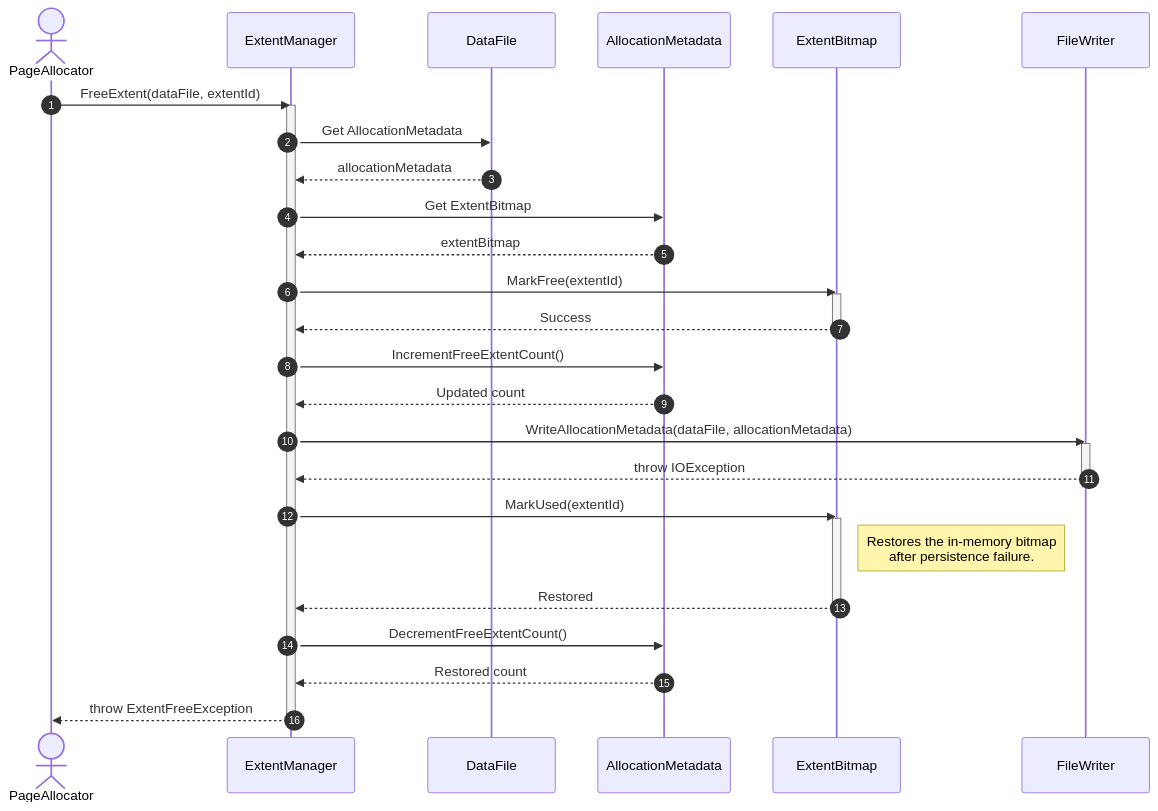
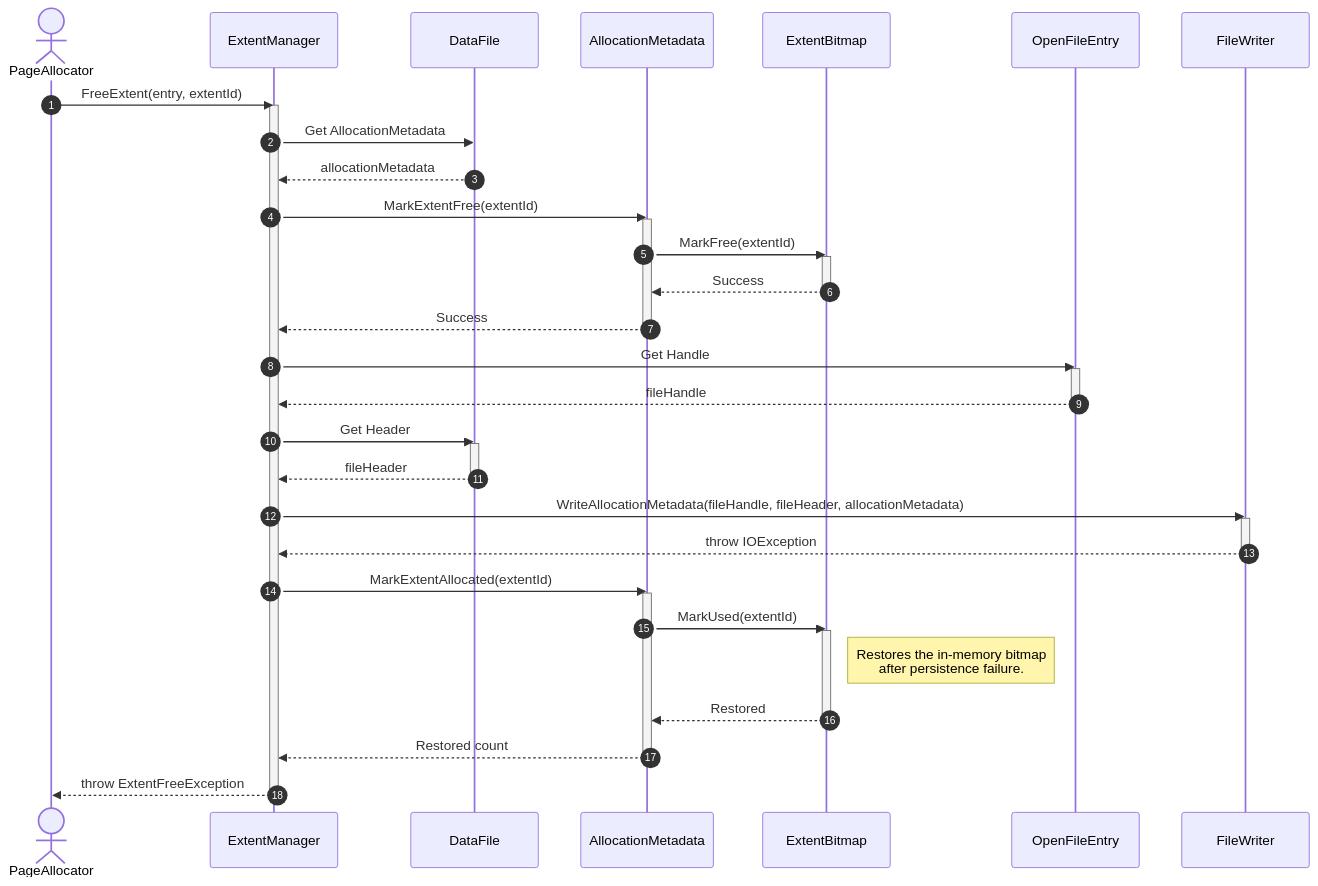
The fifth of 5 diagrams in docs/diagrams/sequence-diagrams/storage-engine/file-management/extent-management/free-extent.md (manaxpow/DBMS), drawn with Mermaid before and after one commit. The commit also changed other lines of this file and 98 other files, not shown here.

````diff
--- a/docs/diagrams/sequence-diagrams/storage-engine/file-management/extent-management/free-extent.md
+++ b/docs/diagrams/sequence-diagrams/storage-engine/file-management/extent-management/free-extent.md
@@ -154,45 +167,55 @@
 ```mermaid
 sequenceDiagram
     autonumber
 
     actor PA as PageAllocator
     participant EM as ExtentManager
     participant DF as DataFile
     participant AM as AllocationMetadata
     participant EB as ExtentBitmap
+    participant OE as OpenFileEntry
     participant FW as FileWriter
 
-    PA->>EM: FreeExtent(dataFile, extentId)
+    PA->>EM: FreeExtent(entry, extentId)
     activate EM
 
     EM->>DF: Get AllocationMetadata
     DF-->>EM: allocationMetadata
 
-    EM->>AM: Get ExtentBitmap
-    AM-->>EM: extentBitmap
+    EM->>AM: MarkExtentFree(extentId)
+    activate AM
+    AM->>EB: MarkFree(extentId)
+    activate EB
+    EB-->>AM: Success
+    deactivate EB
+    AM-->>EM: Success
+    deactivate AM
 
-    EM->>EB: MarkFree(extentId)
-    activate EB
-    EB-->>EM: Success
-    deactivate EB
+    EM->>OE: Get Handle
+    activate OE
+    OE-->>EM: fileHandle
+    deactivate OE
 
-    EM->>AM: IncrementFreeExtentCount()
-    AM-->>EM: Updated count
+    EM->>DF: Get Header
+    activate DF
+    DF-->>EM: fileHeader
+    deactivate DF
 
-    EM->>FW: WriteAllocationMetadata(dataFile, allocationMetadata)
+    EM->>FW: WriteAllocationMetadata(fileHandle, fileHeader, allocationMetadata)
     activate FW
+
     FW-->>EM: throw IOException
     deactivate FW
 
-    EM->>EB: MarkUsed(extentId)
+    EM->>AM: MarkExtentAllocated(extentId)
+    activate AM
+    AM->>EB: MarkUsed(extentId)
     activate EB
     note right of EB: Restores the in-memory bitmap<br/>after persistence failure.
-    EB-->>EM: Restored
+    EB-->>AM: Restored
     deactivate EB
-
-    EM->>AM: DecrementFreeExtentCount()
     AM-->>EM: Restored count
-
+    deactivate AM
     EM-->>PA: throw ExtentFreeException
     deactivate EM
 ```
````
